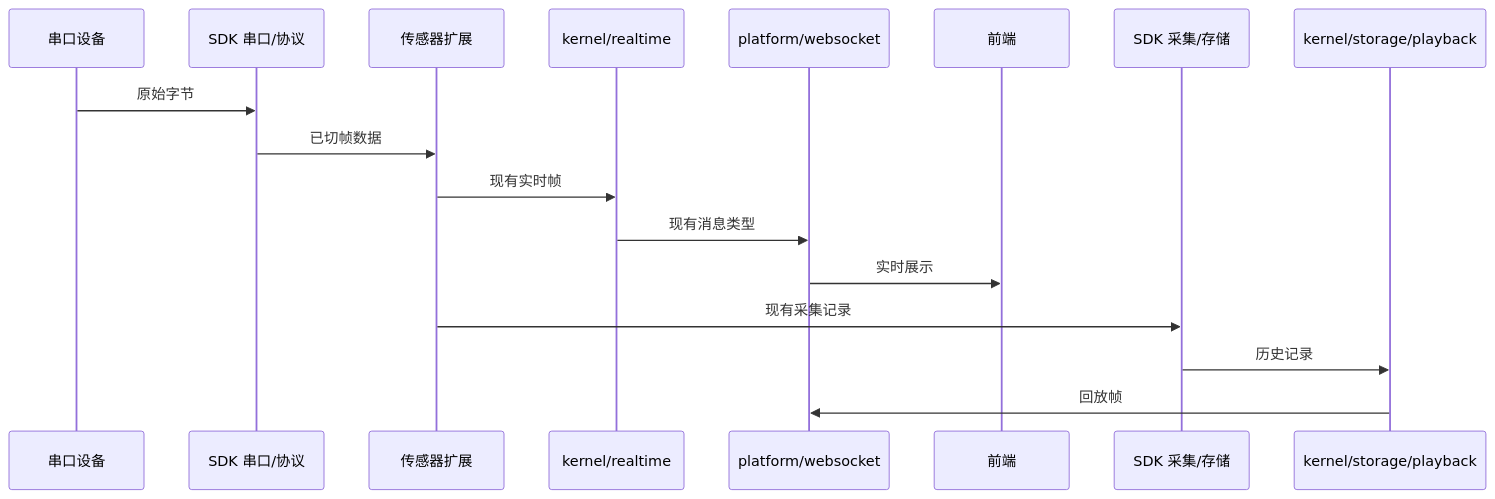
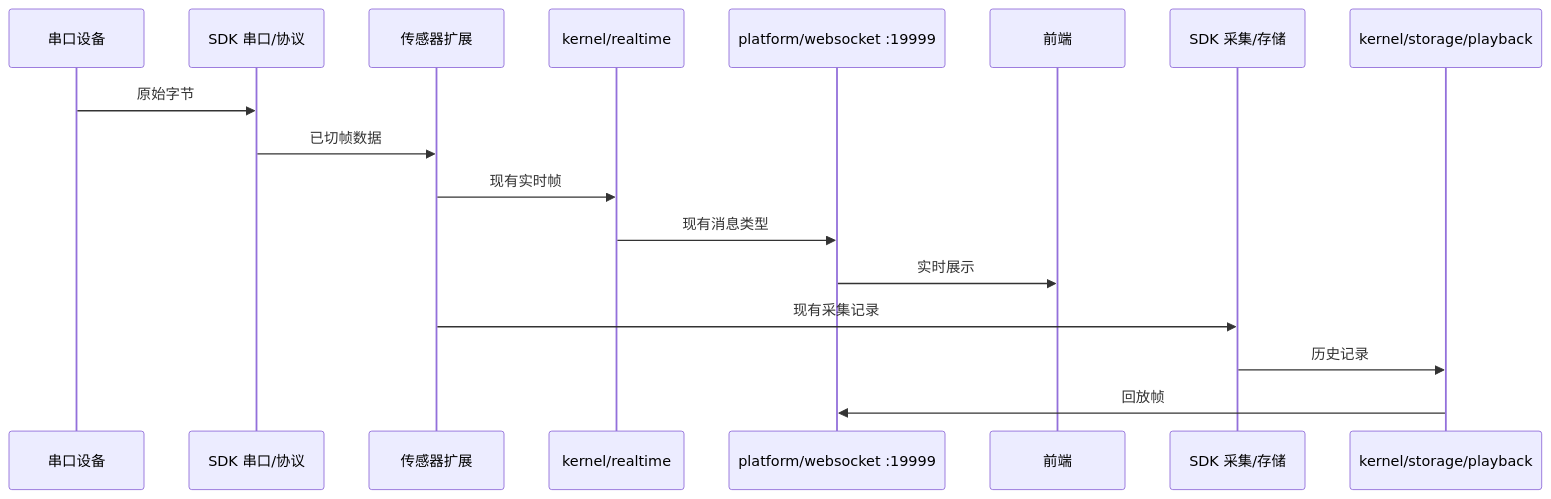
Before and after one commit to liudada118/shroom1.0: the diagram in backend/BACKEND_ARCHITECTURE.md, drawn with Mermaid. The commit also changed other lines of this file and 62 other files, not shown here.

````diff
--- a/backend/BACKEND_ARCHITECTURE.md
+++ b/backend/BACKEND_ARCHITECTURE.md
@@ -149,20 +150,20 @@
 ```mermaid
 sequenceDiagram
   participant D as 串口设备
   participant S as SDK 串口/协议
   participant E as 传感器扩展
   participant R as kernel/realtime
-  participant W as platform/websocket
+  participant W as platform/websocket :19999
   participant F as 前端
   participant C as SDK 采集/存储
   participant H as kernel/storage/playback
 
   D->>S: 原始字节
   S->>E: 已切帧数据
   E->>R: 现有实时帧
   R->>W: 现有消息类型
   W->>F: 实时展示
   E->>C: 现有采集记录
   C->>H: 历史记录
   H->>W: 回放帧
 ```
````
